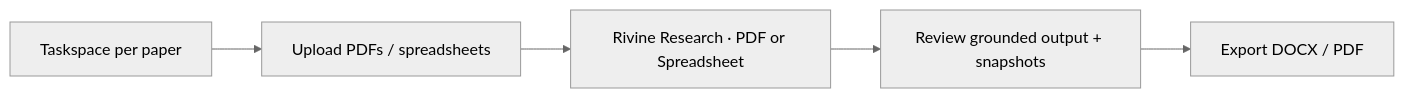
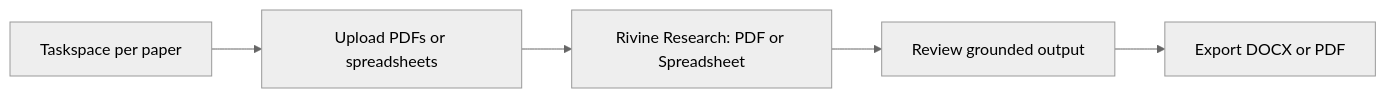
One commit to Beunec/beunec-site-staging changed the sixth of 9 diagrams in Aselius Platform Documentations/aselius-workspace.md. Above: the diagram before and after it, drawn with Mermaid (neutral theme). The commit also changed other lines of this file and 99 other files, not shown here.

````diff
--- a/Aselius Platform Documentations/aselius-workspace.md
+++ b/Aselius Platform Documentations/aselius-workspace.md
@@ -721,7 +375,7 @@
 ```mermaid
 flowchart LR
-    A["Taskspace per paper"] --> B["Upload PDFs / spreadsheets"]
-    B --> C["Rivine Research · PDF or Spreadsheet"]
-    C --> D["Review grounded output + snapshots"]
-    D --> E["Export DOCX / PDF"]
+    A["Taskspace per paper"] --> B["Upload PDFs or spreadsheets"]
+    B --> C["Rivine Research: PDF or Spreadsheet"]
+    C --> D["Review grounded output"]
+    D --> E["Export DOCX or PDF"]
 ```
````
